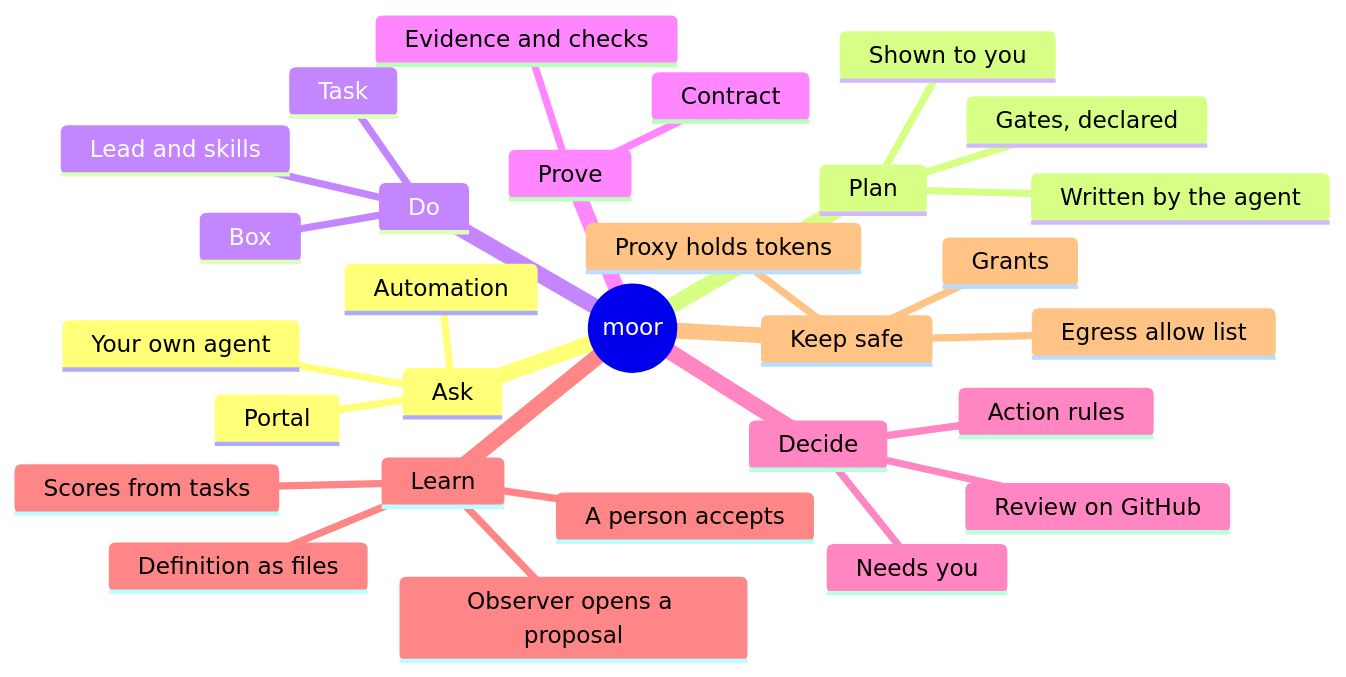
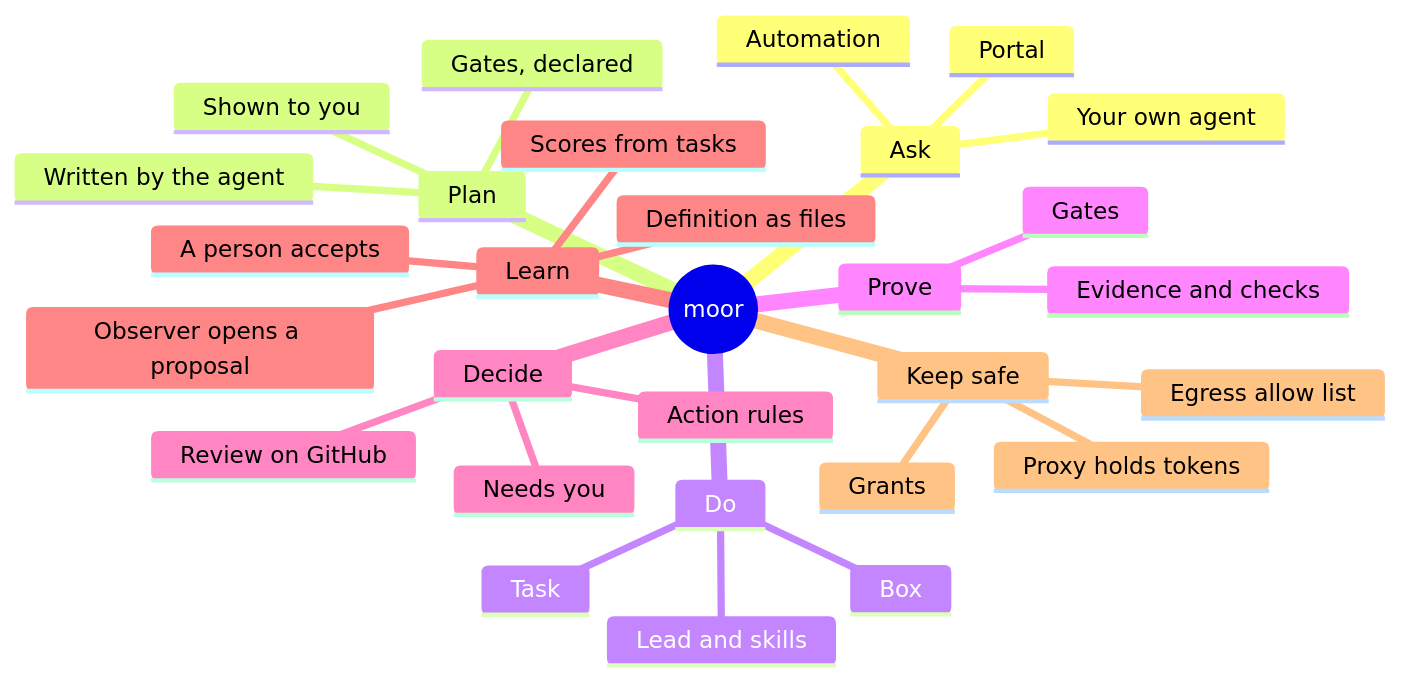
Before and after one commit to IniZio/moor: the fourth of 4 diagrams in docs/specs/position.md, drawn with Mermaid. The commit also changed other lines of this file, not shown here.

````diff
--- a/docs/specs/position.md
+++ b/docs/specs/position.md
@@ -328,32 +340,32 @@
 ```mermaid
 mindmap
   root((moor))
     Ask
       Portal
       Your own agent
       Automation
     Plan
       Written by the agent
       Shown to you
       Gates, declared
     Do
       Task
       Box
       Lead and skills
     Prove
-      Contract
+      Gates
       Evidence and checks
     Decide
       Needs you
       Action rules
       Review on GitHub
     Learn
       Definition as files
       Scores from tasks
       Observer opens a proposal
       A person accepts
     Keep safe
       Proxy holds tokens
       Egress allow list
       Grants
 ```
````
